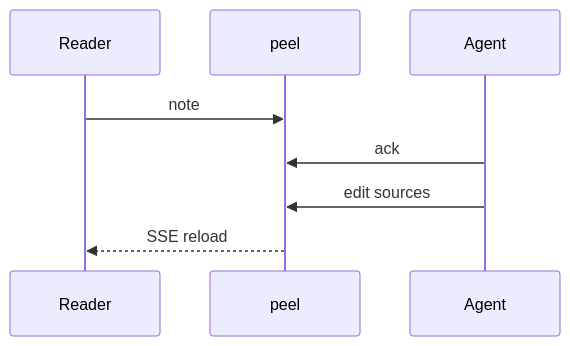
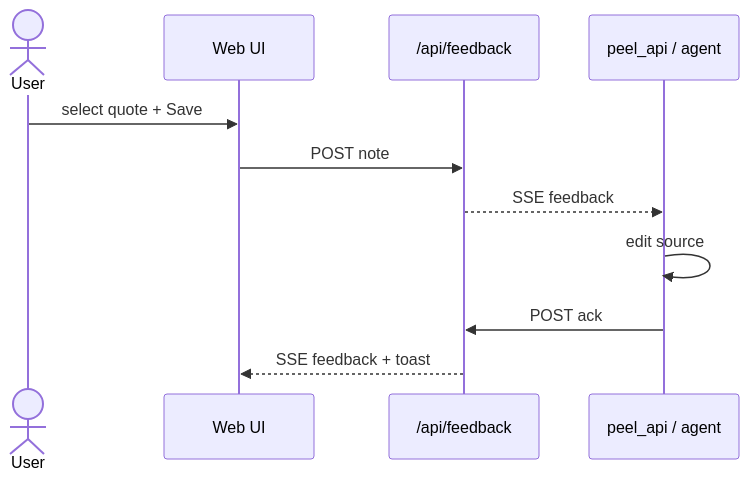
One commit to wnoronha/peel changed the diagram in docs/deck-demo.md. Above: the diagram before and after it, drawn with Mermaid. The commit also changed other lines of this file and 20 other files, not shown here.

````diff
--- a/docs/deck-demo.md
+++ b/docs/deck-demo.md
@@ -15,10 +15,13 @@
 ```mermaid
 sequenceDiagram
-  participant R as Reader
-  participant P as peel
-  participant A as Agent
-  R->>P: note
-  A->>P: ack
-  A->>P: edit sources
-  P-->>R: SSE reload
+  actor U as User
+  participant UI as Web UI
+  participant API as /api/feedback
+  participant A as peel_api / agent
+  U->>UI: select quote + Save
+  UI->>API: POST note
+  API-->>A: SSE feedback
+  A->>A: edit source
+  A->>API: POST ack
+  API-->>UI: SSE feedback + toast
 ```
````
